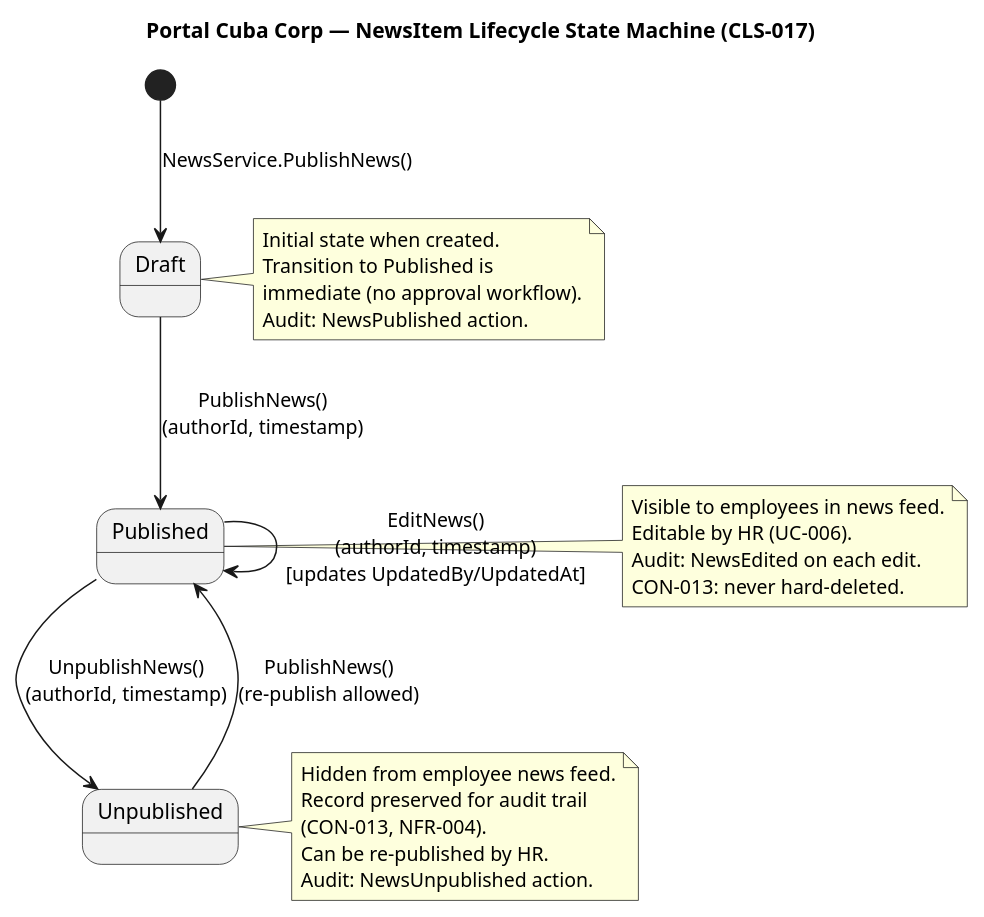
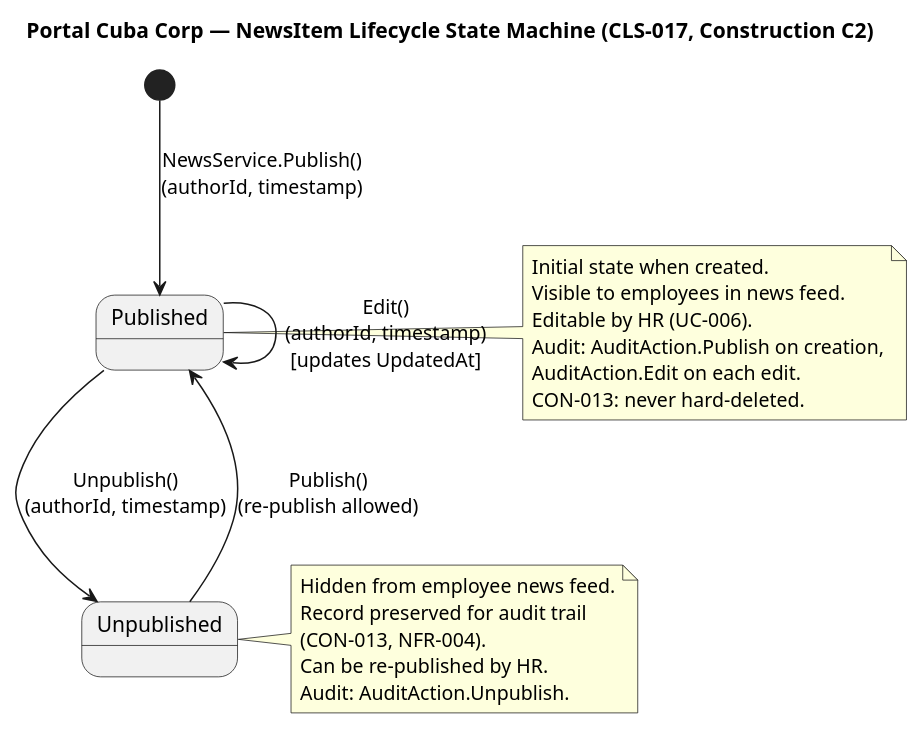
One commit to banense-test/portal-cuba-corp changed diagram 32 of 32 in docs/artifacts/analysis---design/design-model.md. Above: the diagram before and after it, drawn with PlantUML. The commit also changed other lines of this file, not shown here.

Commit message:
Designer [C2]: upsert Design Model
[skip ci]

````diff
--- a/docs/artifacts/analysis---design/design-model.md
+++ b/docs/artifacts/analysis---design/design-model.md
@@ -2259,37 +2261,30 @@
 ```plantuml
 @startuml
-title Portal Cuba Corp — NewsItem Lifecycle State Machine (CLS-017)
+title Portal Cuba Corp — NewsItem Lifecycle State Machine (CLS-017, Construction C2)
 
 skinparam classAttributeIconSize 0
 
-[*] --> Draft : NewsService.PublishNews()
-
-Draft --> Published : PublishNews()\n(authorId, timestamp)
-Published --> Published : EditNews()\n(authorId, timestamp)\n[updates UpdatedBy/UpdatedAt]
-Published --> Unpublished : UnpublishNews()\n(authorId, timestamp)
-Unpublished --> Published : PublishNews()\n(re-publish allowed)
-
-note right of Draft
-  Initial state when created.
-  Transition to Published is
-  immediate (no approval workflow).
-  Audit: NewsPublished action.
-end note
+[*] --> Published : NewsService.Publish()\n(authorId, timestamp)
+Published --> Published : Edit()\n(authorId, timestamp)\n[updates UpdatedAt]
+Published --> Unpublished : Unpublish()\n(authorId, timestamp)
+Unpublished --> Published : Publish()\n(re-publish allowed)
 
 note right of Published
+  Initial state when created.
   Visible to employees in news feed.
   Editable by HR (UC-006).
-  Audit: NewsEdited on each edit.
+  Audit: AuditAction.Publish on creation,
+  AuditAction.Edit on each edit.
   CON-013: never hard-deleted.
 end note
 
 note right of Unpublished
   Hidden from employee news feed.
   Record preserved for audit trail
   (CON-013, NFR-004).
   Can be re-published by HR.
-  Audit: NewsUnpublished action.
+  Audit: AuditAction.Unpublish.
 end note
 
 @enduml
 ```
````
